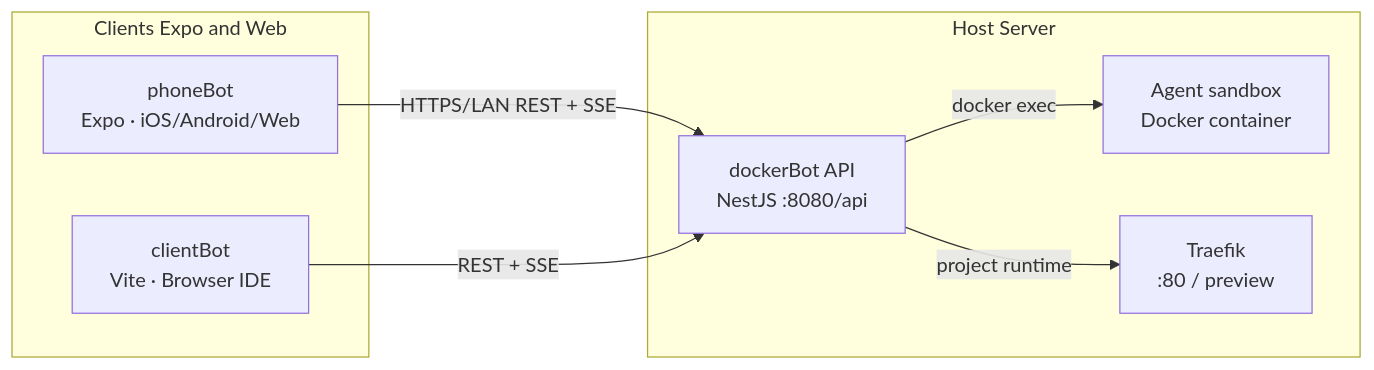
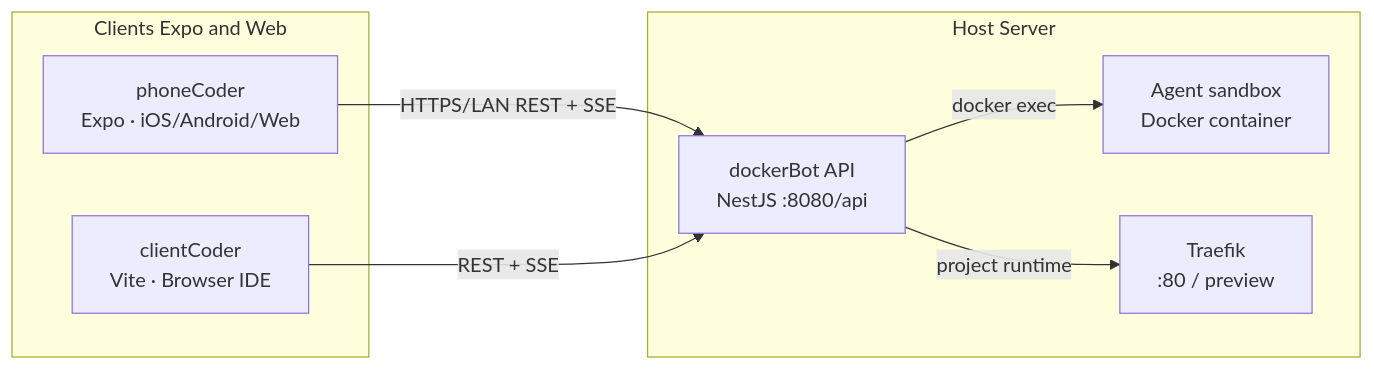
One commit to jsCanvas/phoneCoder changed the diagram in dockerBot-phoneBot-clientBot-stack.md. Above: the diagram before and after it, drawn with Mermaid. The commit also changed other lines of this file and 3 other files, not shown here.

````diff
--- a/dockerBot-phoneBot-clientBot-stack.md
+++ b/dockerBot-phoneBot-clientBot-stack.md
@@ -20,16 +20,16 @@
 ```mermaid
 flowchart LR
   subgraph backends [Host Server]
     API["dockerBot API\nNestJS :8080/api"]
     AGENT["Agent sandbox\nDocker container"]
     TR["Traefik\n:80 / preview"]
     API -->|"docker exec"| AGENT
     API -->|"project runtime"| TR
   end
   subgraph clients [Clients Expo and Web]
-    PHONE["phoneBot\nExpo · iOS/Android/Web"]
-    WEB["clientBot\nVite · Browser IDE"]
+    PHONE["phoneCoder\nExpo · iOS/Android/Web"]
+    WEB["clientCoder\nVite · Browser IDE"]
   end
   PHONE -->|HTTPS/LAN REST + SSE| API
   WEB -->|REST + SSE| API
 ```
````
